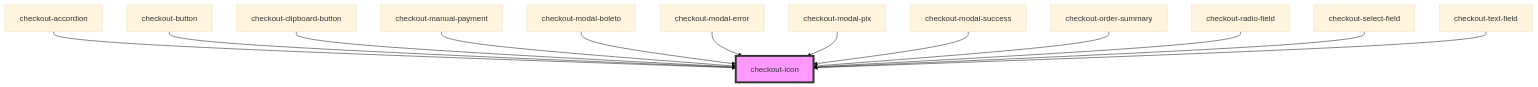
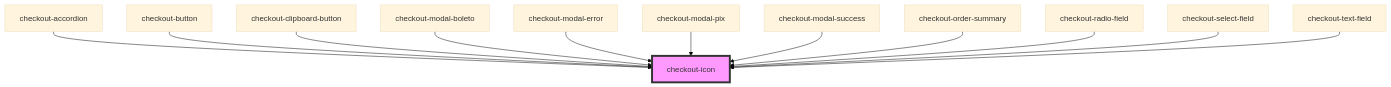
One commit to plughacker/malga-checkout changed the diagram in packages/common/src/components/checkout-icon/readme.md. Above: the diagram before and after it, drawn with Mermaid (base theme). The commit also changed other lines of this file and 21 other files, not shown here.

````diff
--- a/packages/common/src/components/checkout-icon/readme.md
+++ b/packages/common/src/components/checkout-icon/readme.md
@@ -34,16 +33,15 @@
 ```mermaid
 graph TD;
   checkout-accordion --> checkout-icon
   checkout-button --> checkout-icon
   checkout-clipboard-button --> checkout-icon
-  checkout-manual-payment --> checkout-icon
   checkout-modal-boleto --> checkout-icon
   checkout-modal-error --> checkout-icon
   checkout-modal-pix --> checkout-icon
   checkout-modal-success --> checkout-icon
   checkout-order-summary --> checkout-icon
   checkout-radio-field --> checkout-icon
   checkout-select-field --> checkout-icon
   checkout-text-field --> checkout-icon
   style checkout-icon fill:#f9f,stroke:#333,stroke-width:4px
 ```
````
